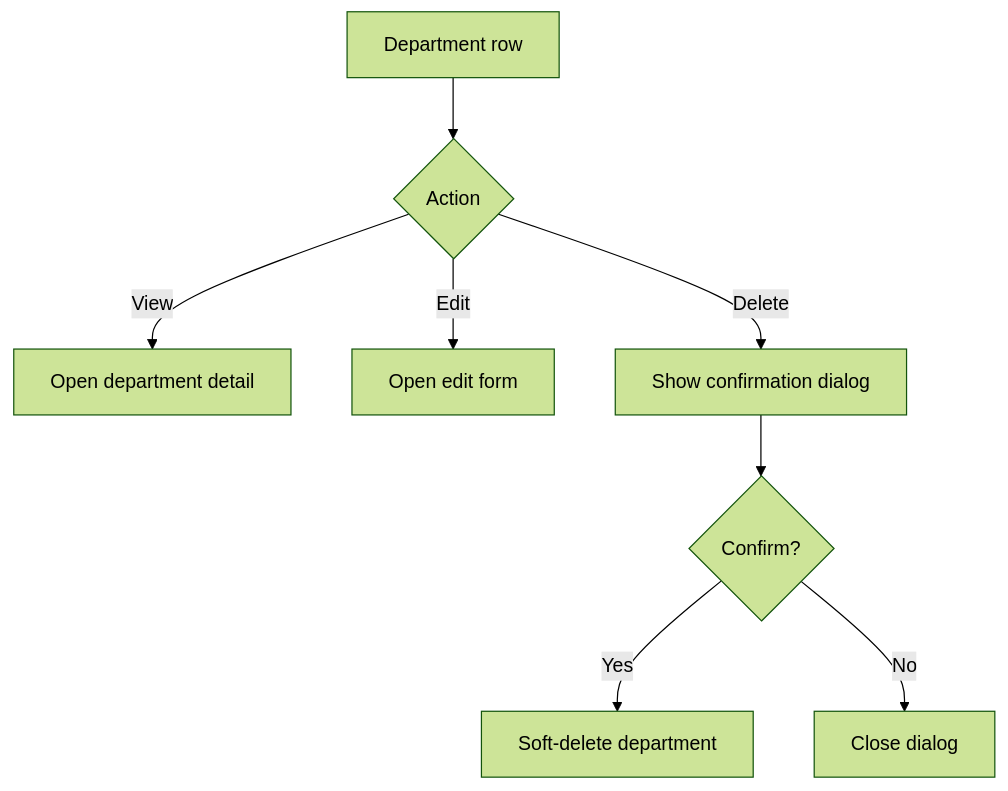
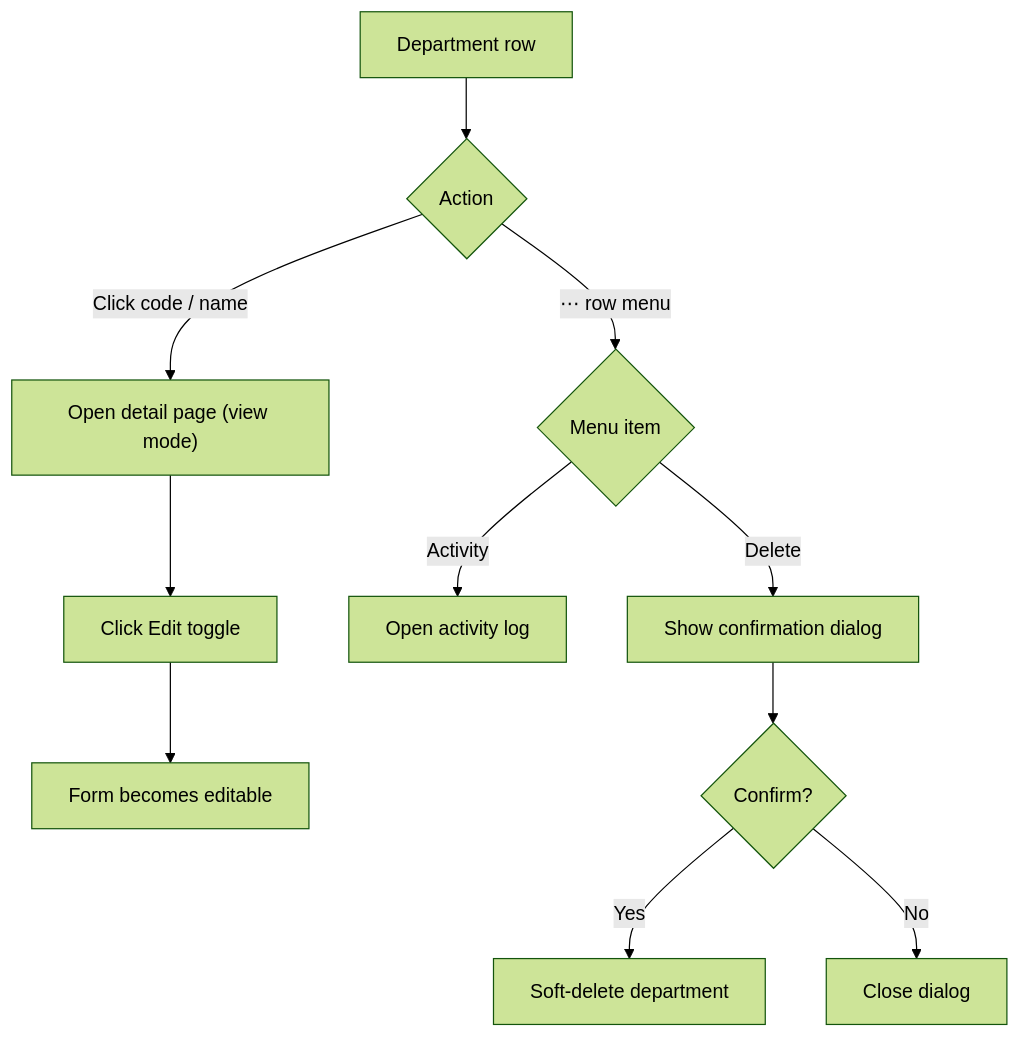
The first of 2 diagrams in en/inventory/master-data/department.md (CarmenSoftware-organization/carmen-wiki), drawn with Mermaid (forest theme) before and after one commit. The commit also changed other lines of this file and 20 other files, not shown here.

Commit message:
fix(product,master-data,recipe): correct 13 diagrams against code, drop disabled-export diagram (review round 1)

````diff
--- a/en/inventory/master-data/department.md
+++ b/en/inventory/master-data/department.md
@@ -38,10 +38,13 @@
 ```mermaid
 flowchart TD
     A["Department row"] --> B{"Action"}
-    B -->|"View"| C["Open department detail"]
-    B -->|"Edit"| D["Open edit form"]
-    B -->|"Delete"| E["Show confirmation dialog"]
-    E --> F{"Confirm?"}
-    F -->|"Yes"| G["Soft-delete department"]
-    F -->|"No"| H["Close dialog"]
+    B -->|"Click code / name"| C["Open detail page (view mode)"]
+    C --> D["Click Edit toggle"]
+    D --> E["Form becomes editable"]
+    B -->|"⋯ row menu"| F{"Menu item"}
+    F -->|"Activity"| G["Open activity log"]
+    F -->|"Delete"| H["Show confirmation dialog"]
+    H --> I{"Confirm?"}
+    I -->|"Yes"| J["Soft-delete department"]
+    I -->|"No"| K["Close dialog"]
 ```
````
